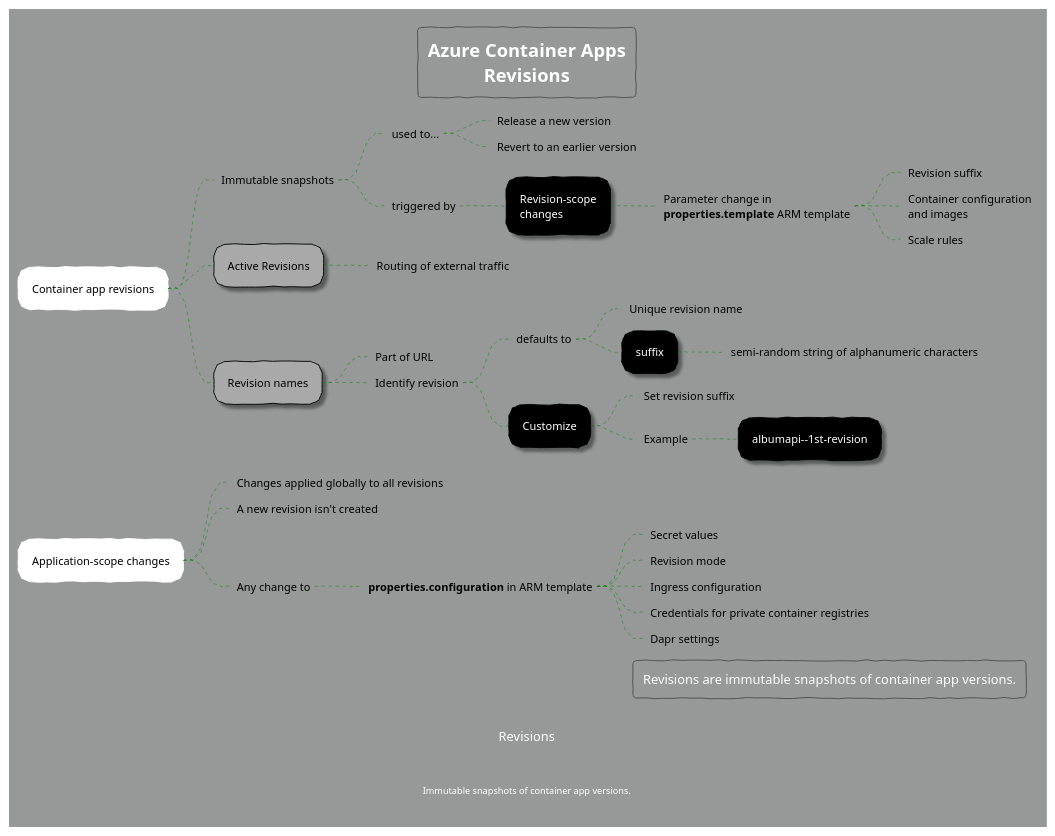
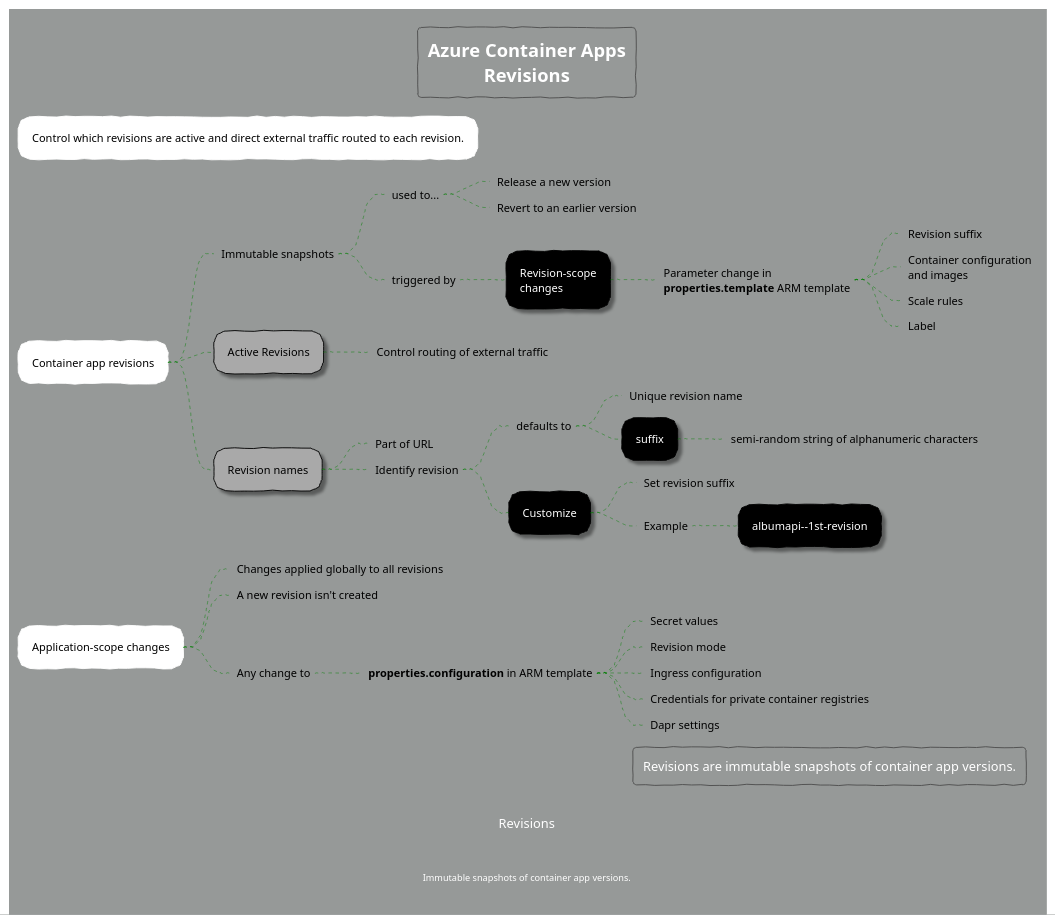
The diagram in Notes/Diagrams/ContainerApps/container-apps-revisions.plantuml (rob-bl8ke/Az204-Containerization), drawn with PlantUML before and after one commit. The commit also changed 7 other files, not shown here.

```diff
--- a/Notes/Diagrams/ContainerApps/container-apps-revisions.plantuml
+++ b/Notes/Diagrams/ContainerApps/container-apps-revisions.plantuml
@@ -1,101 +1,103 @@
 @startmindmap "Azure Container Apps Revisions"
 title Azure Container Apps\nRevisions
 
 ' Available themes: https://plantuml.com/theme
 !theme sketchy
 
 ' skinparam backgroundColor #e8edec
 skinparam backgroundColor #969998
 ' skinparam nodeWidth 200
 ' skinparam nodeHeight 30
 
 <style>
     mindMapDiagram {
         .root {
             BackgroundColor darkblue
             LineColor black
             FontColor white
         }
 
         .blue {
             FontColor darkblue
         }
 
         node {
             FontColor white
             LineColor black
             BackgroundColor black
             Shadowing 2.0
             RoundCorner 25
         }
         :depth(0) {
             FontColor black
             LineColor white
             BackgroundColor white
             Shadowing 0.0
         }
         :depth(1) {
             FontColor black
             BackgroundColor darkgrey
             Shadowing 2.0
         }
 
         arrow {
             LineStyle 4
             LineThickness 0.5
             LineColor green
         }
 
         boxless {
             FontColor black
             Margin 10
             Padding 10
             MaximumWidth 400
         }
     }
 </style>
 
 caption Revisions
 footer Immutable snapshots of container app versions.
 
++ Control which revisions are active and direct external traffic routed to each revision.
 
 + Container app revisions
 ++_ Immutable snapshots
 +++_ used to...
 ++++_ Release a new version
 ++++_ Revert to an earlier version
 +++_ triggered by
 ++++ Revision-scope\nchanges
 +++++_ Parameter change in\n**properties.template** ARM template
 ++++++_ Revision suffix
 ++++++_ Container configuration\nand images
 ++++++_ Scale rules
+++++++_ Label
 ++ Active Revisions
-+++_ Routing of external traffic
++++_ Control routing of external traffic
 ++ Revision names
 +++_ Part of URL
 +++_ Identify revision
 ++++_ defaults to
 +++++_ Unique revision name
 +++++ suffix
 ++++++_ semi-random string of alphanumeric characters
 ++++ Customize
 +++++_ Set revision suffix
 +++++_ Example
 ++++++ albumapi--1st-revision
 + Application-scope changes
 ++_ Changes applied globally to all revisions
 ++_ A new revision isn't created
 ++_ Any change to
 +++_ **properties.configuration** in ARM template
 ++++_ Secret values
 ++++_ Revision mode
 ++++_ Ingress configuration
 ++++_ Credentials for private container registries
 ++++_ Dapr settings
 
 legend right
 Revisions are immutable snapshots of container app versions.
 endlegend
 
 @endmindmap
```
